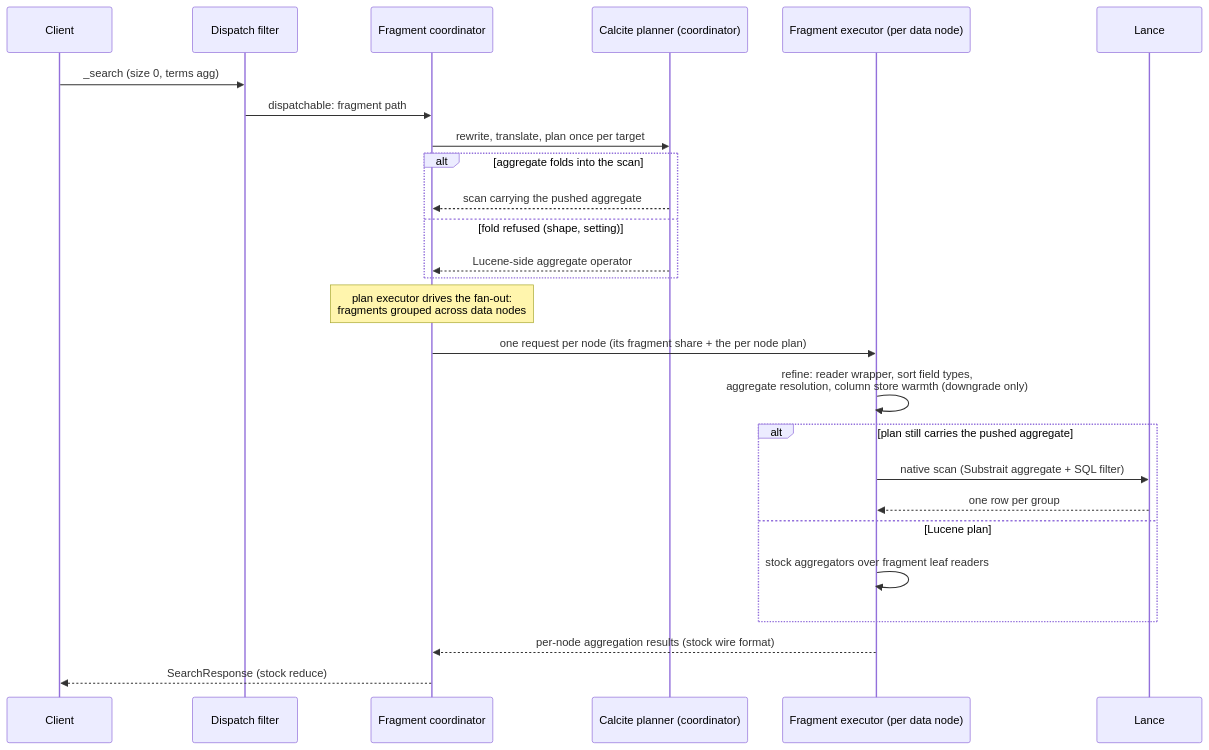
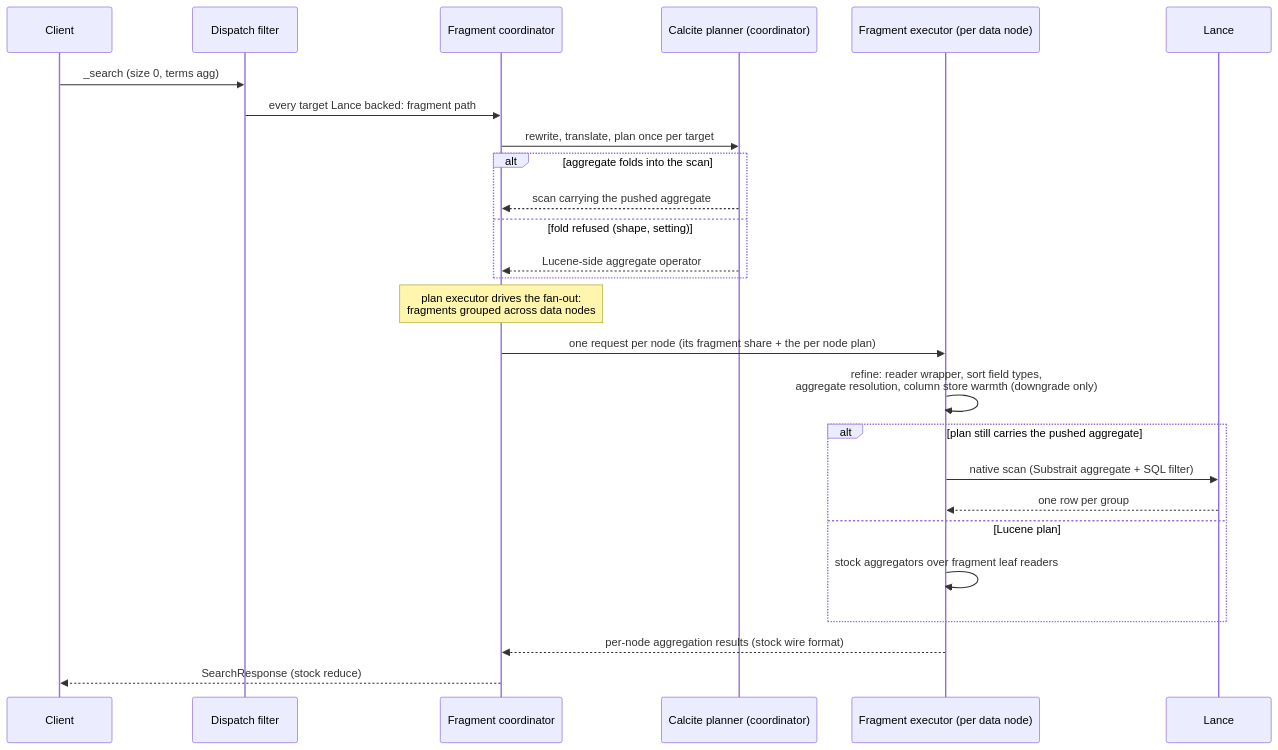
The fourth of 5 diagrams in docs/architecture.md (lawofcycles/lance-opensearch), drawn with Mermaid before and after one commit. The commit also changed other lines of this file and 10 other files, not shown here.

First line of the commit message:
Docs: the fragment path is the only search path, suggest and highlight are refused

````diff
--- a/docs/architecture.md
+++ b/docs/architecture.md
@@ -254,28 +256,28 @@
 ```mermaid
 sequenceDiagram
     participant C as Client
     participant F as Dispatch filter
     participant CO as Fragment coordinator
     participant P as Calcite planner (coordinator)
     participant EX as Fragment executor (per data node)
     participant L as Lance
     C->>F: _search (size 0, terms agg)
-    F->>CO: dispatchable: fragment path
+    F->>CO: every target Lance backed: fragment path
     CO->>P: rewrite, translate, plan once per target
     alt aggregate folds into the scan
         P-->>CO: scan carrying the pushed aggregate
     else fold refused (shape, setting)
         P-->>CO: Lucene-side aggregate operator
     end
     Note over CO: plan executor drives the fan-out:<br/>fragments grouped across data nodes
     CO->>EX: one request per node (its fragment share + the per node plan)
     EX->>EX: refine: reader wrapper, sort field types,<br/>aggregate resolution, column store warmth (downgrade only)
     alt plan still carries the pushed aggregate
         EX->>L: native scan (Substrait aggregate + SQL filter)
         L-->>EX: one row per group
     else Lucene plan
         EX->>EX: stock aggregators over fragment leaf readers
     end
     EX-->>CO: per-node aggregation results (stock wire format)
     CO-->>C: SearchResponse (stock reduce)
 ```
````
